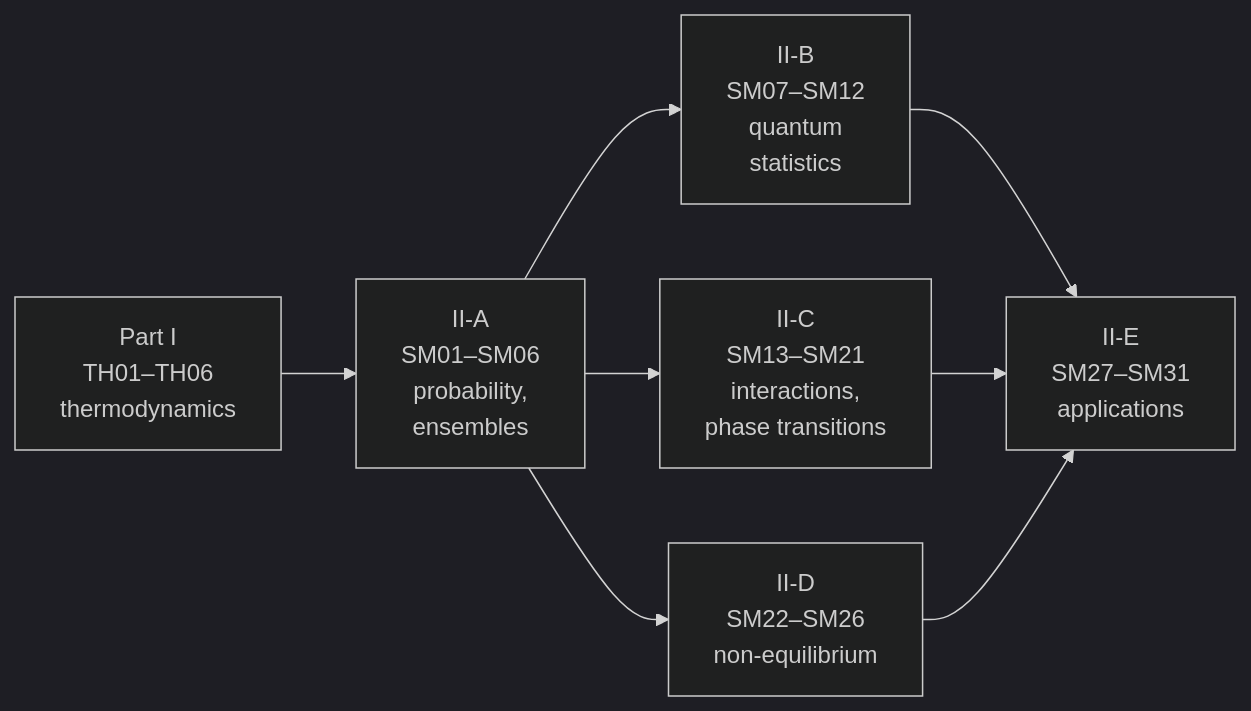
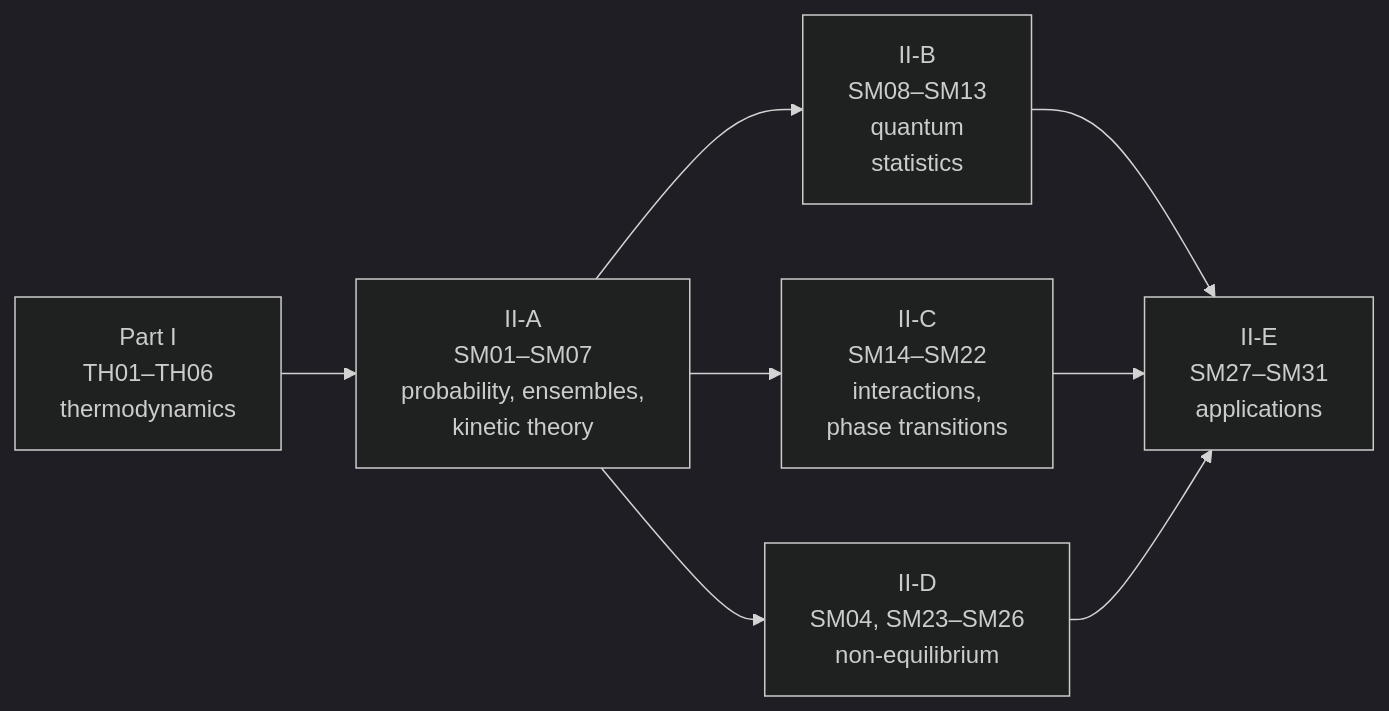
Before and after one commit to etswastik712/notes: the second of 2 diagrams in 03-Thermodynamics-and-Statistical-Mechanics/Thermodynamics and Statistical Mechanics - Course Map.md, drawn with Mermaid (dark theme). The commit also changed other lines of this file and 230 other files, not shown here.

````diff
--- a/03-Thermodynamics-and-Statistical-Mechanics/Thermodynamics and Statistical Mechanics - Course Map.md
+++ b/03-Thermodynamics-and-Statistical-Mechanics/Thermodynamics and Statistical Mechanics - Course Map.md
@@ -53,10 +53,10 @@
 ```mermaid
 flowchart LR
-  T["Part I<br/>TH01–TH06<br/>thermodynamics"] --> A["II-A<br/>SM01–SM06<br/>probability,<br/>ensembles"]
-  A --> B["II-B<br/>SM07–SM12<br/>quantum<br/>statistics"]
-  A --> C["II-C<br/>SM13–SM21<br/>interactions,<br/>phase transitions"]
-  A --> D["II-D<br/>SM22–SM26<br/>non-equilibrium"]
+  T["Part I<br/>TH01–TH06<br/>thermodynamics"] --> A["II-A<br/>SM01–SM07<br/>probability, ensembles,<br/>kinetic theory"]
+  A --> B["II-B<br/>SM08–SM13<br/>quantum<br/>statistics"]
+  A --> C["II-C<br/>SM14–SM22<br/>interactions,<br/>phase transitions"]
+  A --> D["II-D<br/>SM04, SM23–SM26<br/>non-equilibrium"]
   B --> E["II-E<br/>SM27–SM31<br/>applications"]
   C --> E
   D --> E
 ```
````
